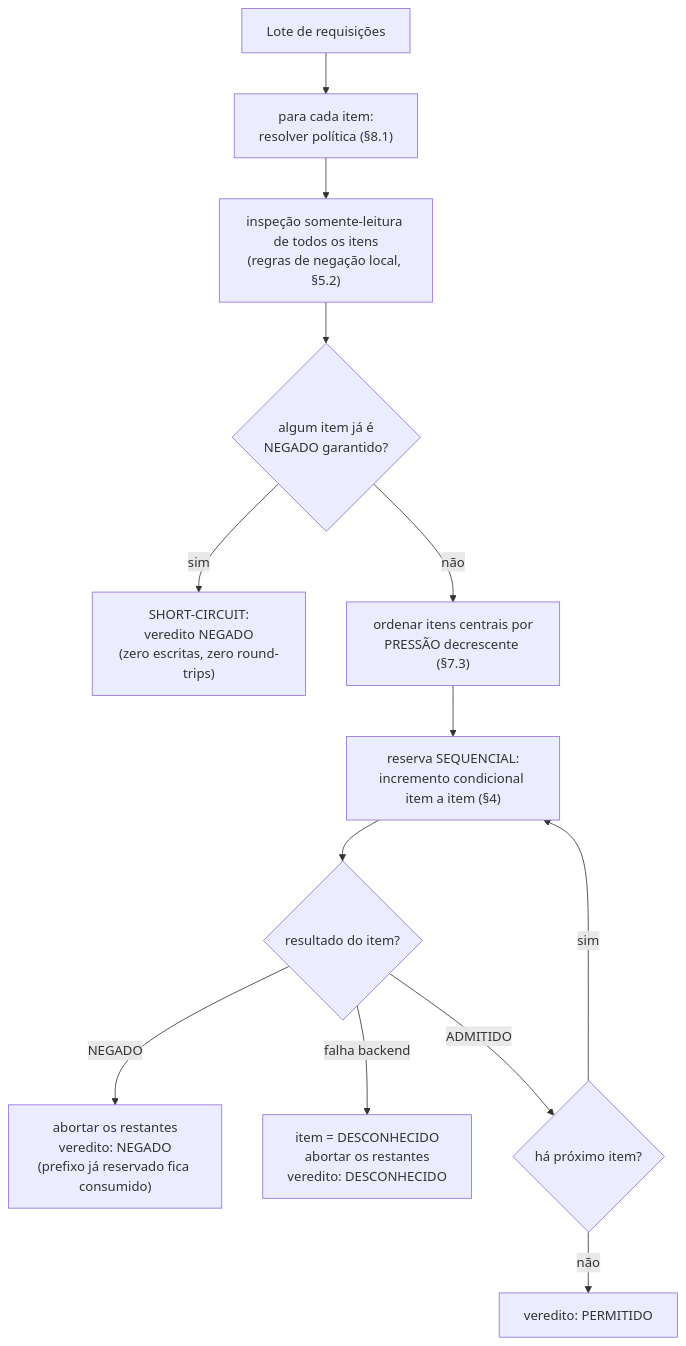
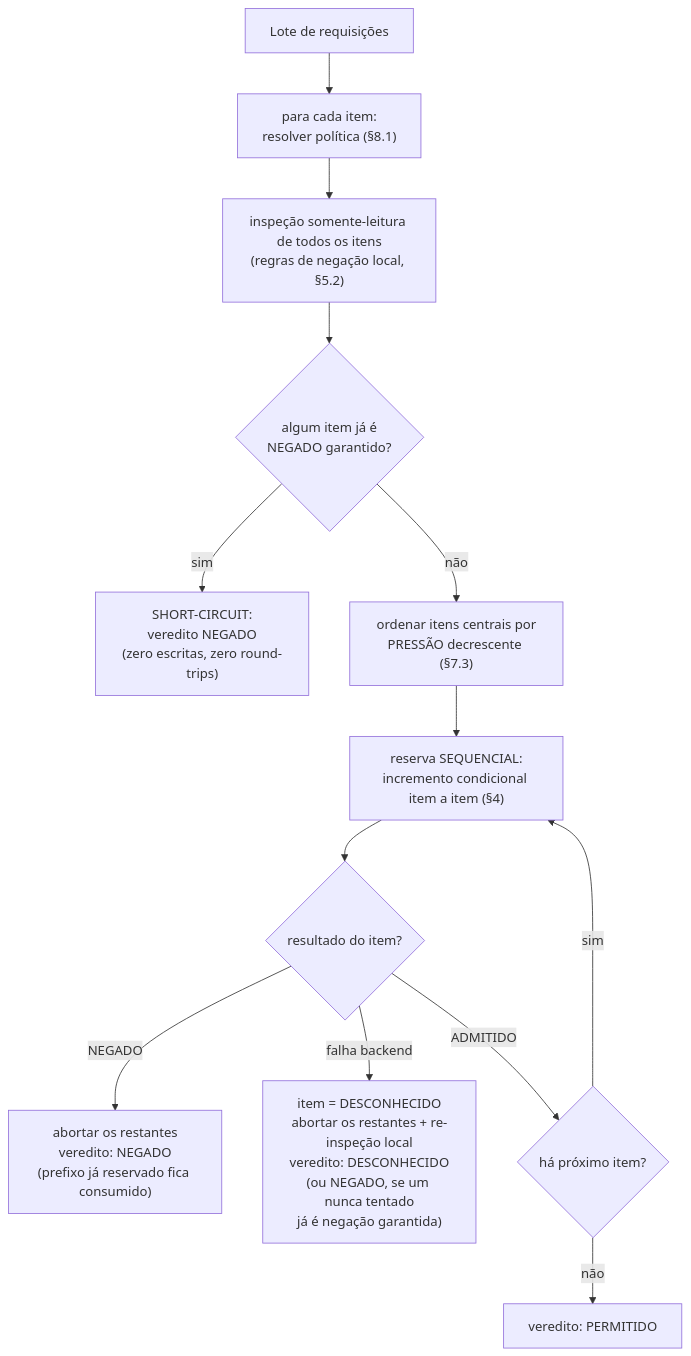
Before and after one commit to rodrigogurgel/klimiter: the sixth of 8 diagrams in docs/DESIGN-CONCEITUAL-V2.md, drawn with Mermaid. The commit also changed other lines of this file and 21 other files, not shown here.

````diff
--- a/docs/DESIGN-CONCEITUAL-V2.md
+++ b/docs/DESIGN-CONCEITUAL-V2.md
@@ -417,15 +418,15 @@
 ```mermaid
 flowchart TD
     Start["Lote de requisições"] --> Resolve["para cada item:<br/>resolver política (§8.1)"]
     Resolve --> Inspect["inspeção somente-leitura de todos os itens<br/>(regras de negação local, §5.2)"]
     Inspect --> SC{"algum item já é<br/>NEGADO garantido?"}
     SC -->|sim| Short["SHORT-CIRCUIT:<br/>veredito NEGADO<br/>(zero escritas, zero round-trips)"]
     SC -->|não| Sort["ordenar itens centrais por<br/>PRESSÃO decrescente (§7.3)"]
     Sort --> Seq["reserva SEQUENCIAL:<br/>incremento condicional item a item (§4)"]
     Seq --> Out{"resultado do item?"}
     Out -->|NEGADO| Abort["abortar os restantes<br/>veredito: NEGADO<br/>(prefixo já reservado fica consumido)"]
-    Out -->|falha backend| Unk["item = DESCONHECIDO<br/>abortar os restantes<br/>veredito: DESCONHECIDO"]
+    Out -->|falha backend| Unk["item = DESCONHECIDO<br/>abortar os restantes + re-inspeção local<br/>veredito: DESCONHECIDO<br/>(ou NEGADO, se um nunca tentado<br/>já é negação garantida)"]
     Out -->|ADMITIDO| More{"há próximo item?"}
     More -->|sim| Seq
     More -->|não| OK["veredito: PERMITIDO"]
 ```
````
